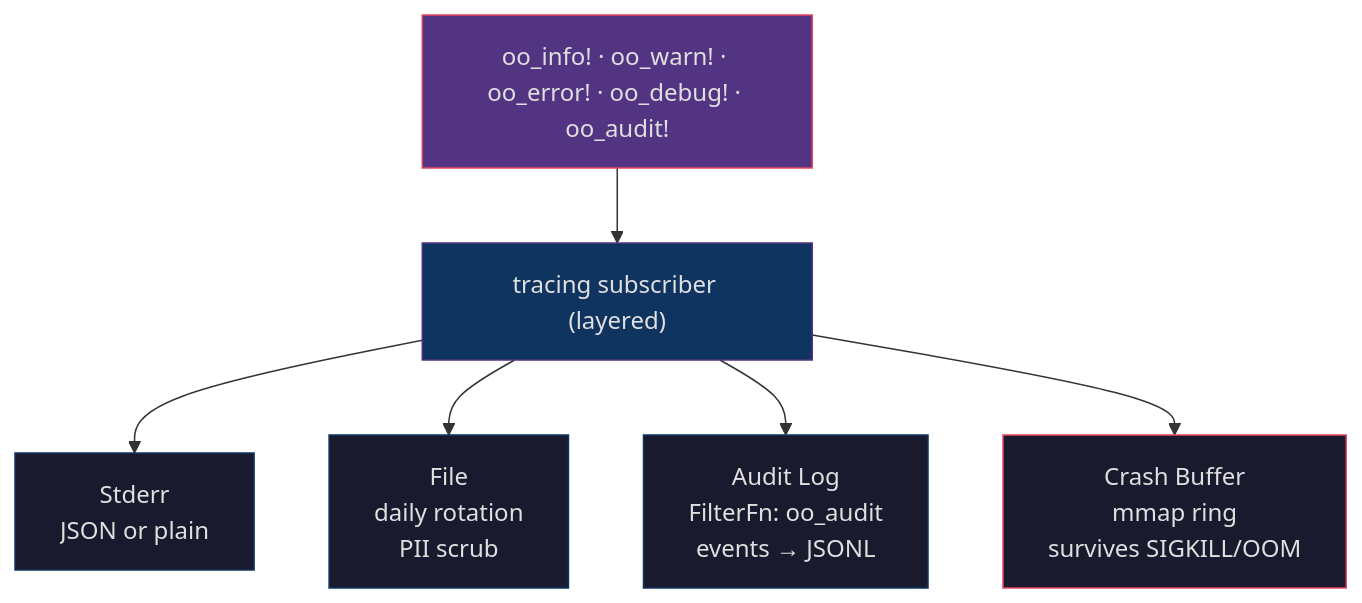
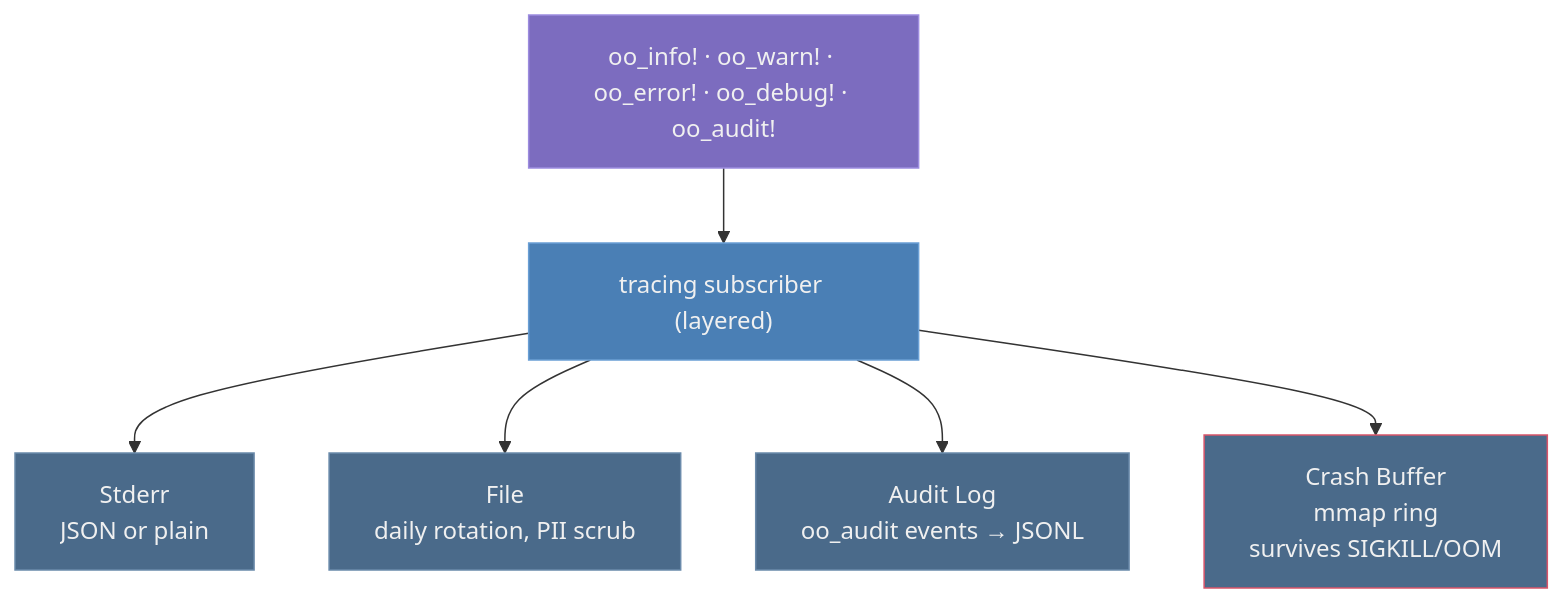
Diagram 13 of 15 in ARCHITECTURE.md (OpenObscure/OpenObscure), drawn with Mermaid before and after one commit. The commit also changed other lines of this file and 7 other files, not shown here.

First line of the commit message:
Improve diagrams, screenshot, and repo hygiene

````diff
--- a/ARCHITECTURE.md
+++ b/ARCHITECTURE.md
@@ -616,23 +616,23 @@
 ```mermaid
 flowchart TB
     macros["oo_info! · oo_warn! · oo_error! · oo_debug! · oo_audit!"]
     subscriber["tracing subscriber (layered)"]
     macros --> subscriber
 
-    stderr["Stderr\nJSON or plain"]
-    filelog["File\ndaily rotation\nPII scrub"]
-    audit["Audit Log\nFilterFn: oo_audit\nevents → JSONL"]
-    crash["Crash Buffer\nmmap ring\nsurvives SIGKILL/OOM"]
+    stderr["Stderr<br>JSON or plain"]
+    filelog["File<br>daily rotation, PII scrub"]
+    audit["Audit Log<br>oo_audit events → JSONL"]
+    crash["Crash Buffer<br>mmap ring<br>survives SIGKILL/OOM"]
 
     subscriber --> stderr
     subscriber --> filelog
     subscriber --> audit
     subscriber --> crash
 
-    style macros fill:#533483,stroke:#e94560,color:#e0e0e0
-    style subscriber fill:#0f3460,stroke:#533483,color:#e0e0e0
-    style stderr fill:#1a1a2e,stroke:#0f3460,color:#e0e0e0
-    style filelog fill:#1a1a2e,stroke:#0f3460,color:#e0e0e0
-    style audit fill:#1a1a2e,stroke:#0f3460,color:#e0e0e0
-    style crash fill:#1a1a2e,stroke:#e94560,color:#e0e0e0
+    style macros fill:#7c6cbf,stroke:#9c8cdf,color:#f0f0f0
+    style subscriber fill:#4a7fb5,stroke:#6a9fd5,color:#f0f0f0
+    style stderr fill:#4a6a8a,stroke:#6a8aaa,color:#f0f0f0
+    style filelog fill:#4a6a8a,stroke:#6a8aaa,color:#f0f0f0
+    style audit fill:#4a6a8a,stroke:#6a8aaa,color:#f0f0f0
+    style crash fill:#4a6a8a,stroke:#d9556a,color:#f0f0f0
 ```
````
